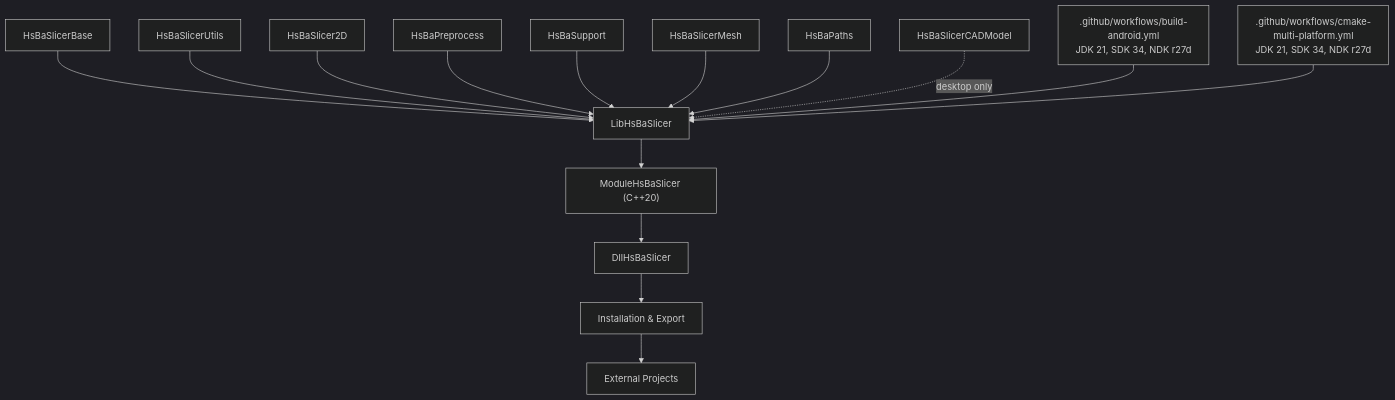
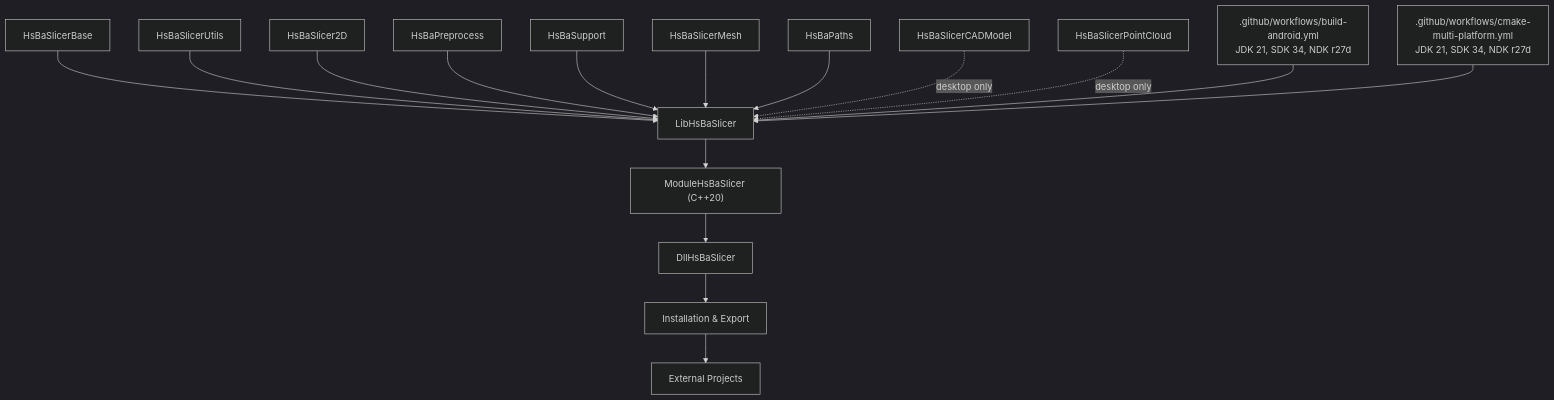
Diagram 19 of 19 in .qoder/repowiki/en/content/Getting Started/Multi-Platform Build System.md (hsmbanlance/HsBaSlicer), drawn with Mermaid (dark theme) before and after one commit. The commit also changed other lines of this file and 31 other files, not shown here.

First line of the commit message:
docs(architecture): 更新文档以包含事件处理系统和动态库测试

````diff
--- a/.qoder/repowiki/en/content/Getting Started/Multi-Platform Build System.md
+++ b/.qoder/repowiki/en/content/Getting Started/Multi-Platform Build System.md
@@ -673,17 +745,18 @@
 ```mermaid
 graph TB
 Base["HsBaSlicerBase"] --> Lib["LibHsBaSlicer"]
 Utils["HsBaSlicerUtils"] --> Lib
 TwoD["HsBaSlicer2D"] --> Lib
 Prep["HsBaPreprocess"] --> Lib
 Supp["HsBaSupport"] --> Lib
 Mesh["HsBaSlicerMesh"] --> Lib
 Paths["HsBaPaths"] --> Lib
 CAD["HsBaSlicerCADModel"] -. desktop only .-> Lib
+PointCloud["HsBaSlicerPointCloud"] -. desktop only .-> Lib
 Lib --> Module["ModuleHsBaSlicer (C++20)"]
 Module --> Dll["DllHsBaSlicer"]
 Dll --> Install["Installation & Export"]
 Install --> External["External Projects"]
 AndroidCI[".github/workflows/build-android.yml<br/>JDK 21, SDK 34, NDK r27d"] --> Lib
 MultiPlatform[".github/workflows/cmake-multi-platform.yml<br/>JDK 21, SDK 34, NDK r27d"] --> Lib
 ```
````
